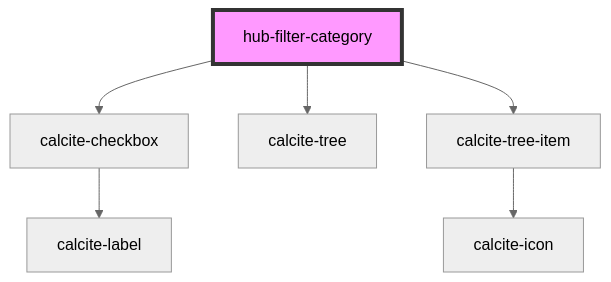
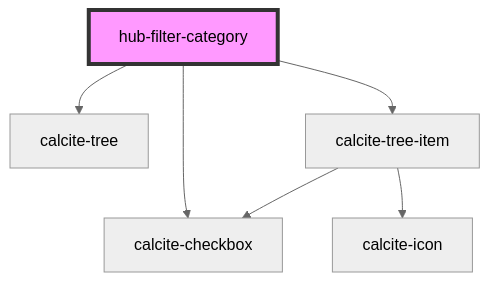
One commit to esridc/hub-components-experiments changed the diagram in src/components/presentation/hub-filter-category/readme.md. Above: the diagram before and after it, drawn with Mermaid (neutral theme). The commit also changed 21 other files, not shown here.

````diff
--- a/src/components/presentation/hub-filter-category/readme.md
+++ b/src/components/presentation/hub-filter-category/readme.md
@@ -36,9 +36,9 @@
 ```mermaid
 graph TD;
   hub-filter-category --> calcite-checkbox
   hub-filter-category --> calcite-tree
   hub-filter-category --> calcite-tree-item
-  calcite-checkbox --> calcite-label
   calcite-tree-item --> calcite-icon
+  calcite-tree-item --> calcite-checkbox
   style hub-filter-category fill:#f9f,stroke:#333,stroke-width:4px
 ```
````
